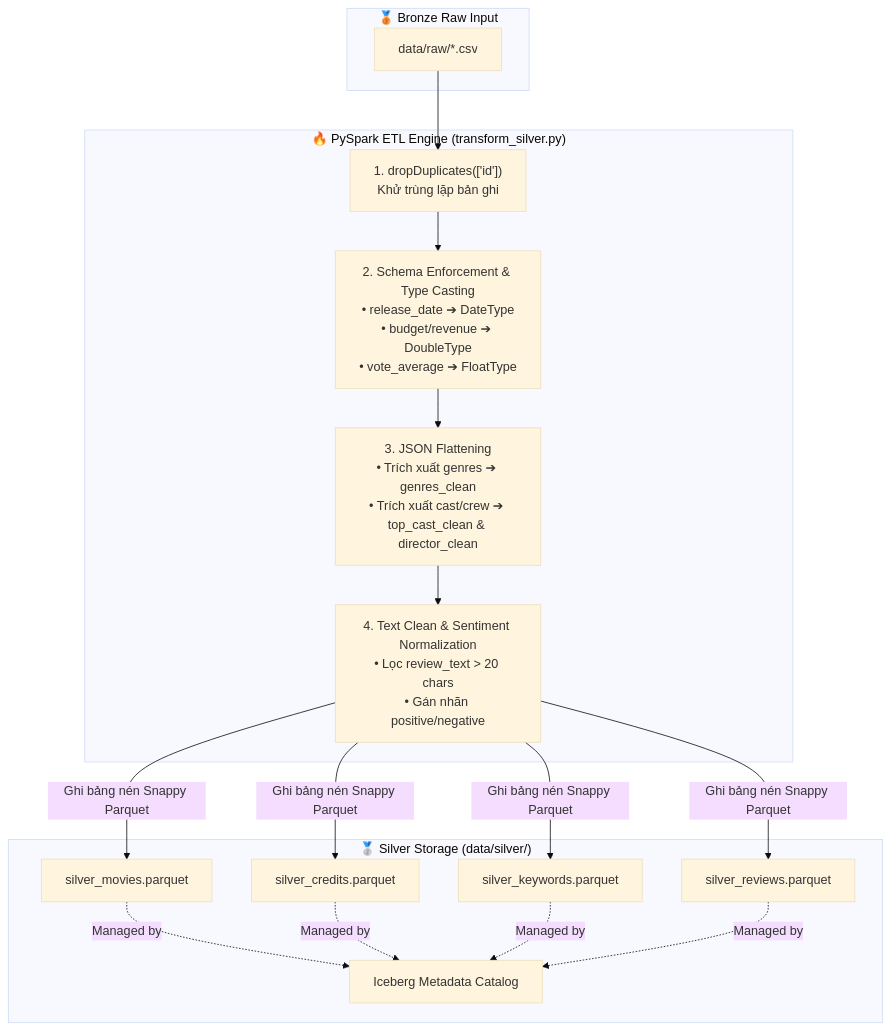
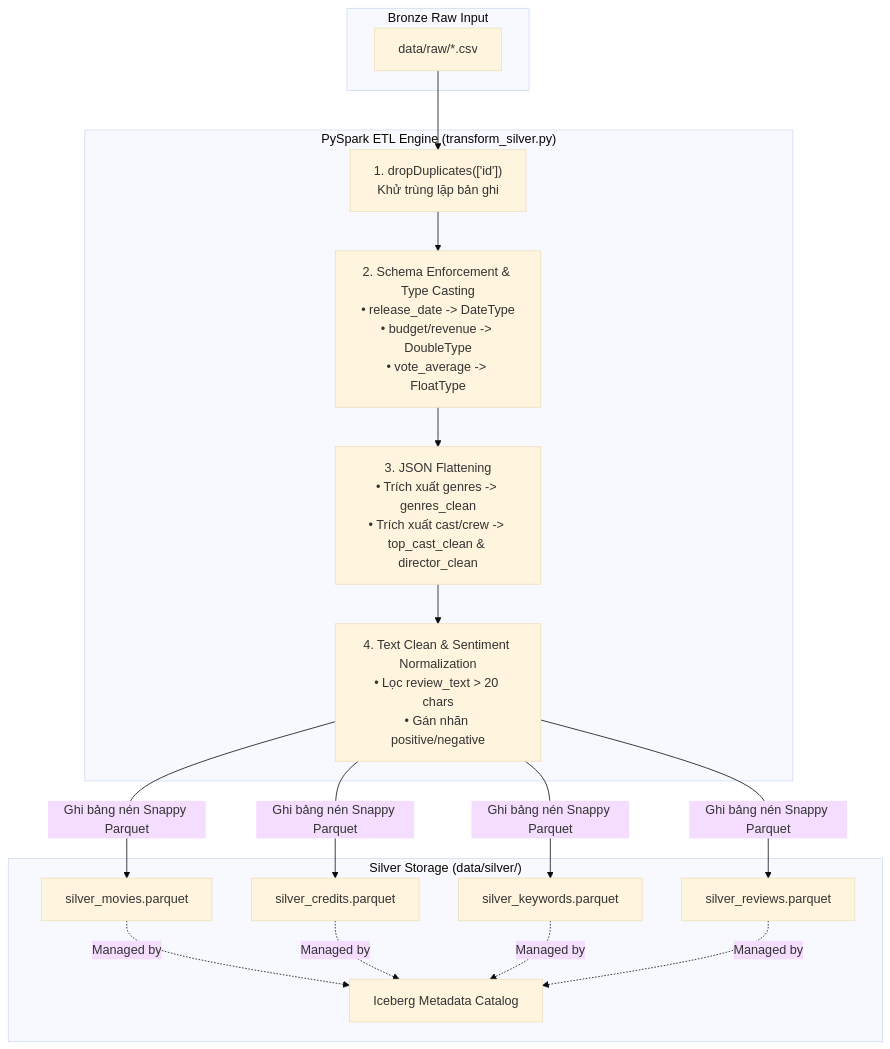
Before and after one commit to tuanh250105/movie-data-platform: the third of 5 diagrams in docs/so_do_kien_truc_chi_tiet.md, drawn with Mermaid (base theme). The commit also changed other lines of this file, not shown here.

Commit message:
docs: Remove all emojis and icons from architecture diagrams

````diff
--- a/docs/so_do_kien_truc_chi_tiet.md
+++ b/docs/so_do_kien_truc_chi_tiet.md
@@ -98,28 +98,28 @@
 ```mermaid
 flowchart TD
-    subgraph Bronze_Input ["🥉 Bronze Raw Input"]
+    subgraph Bronze_Input ["Bronze Raw Input"]
         RawCSVs["data/raw/*.csv"]
     end
 
-    subgraph Spark_ETL_Engine ["🔥 PySpark ETL Engine (transform_silver.py)"]
+    subgraph Spark_ETL_Engine ["PySpark ETL Engine (transform_silver.py)"]
         Step1["1. dropDuplicates(['id'])<br/>Khử trùng lặp bản ghi"]
-        Step2["2. Schema Enforcement & Type Casting<br/>• release_date ➔ DateType<br/>• budget/revenue ➔ DoubleType<br/>• vote_average ➔ FloatType"]
-        Step3["3. JSON Flattening<br/>• Trích xuất genres ➔ genres_clean<br/>• Trích xuất cast/crew ➔ top_cast_clean & director_clean"]
+        Step2["2. Schema Enforcement & Type Casting<br/>• release_date -> DateType<br/>• budget/revenue -> DoubleType<br/>• vote_average -> FloatType"]
+        Step3["3. JSON Flattening<br/>• Trích xuất genres -> genres_clean<br/>• Trích xuất cast/crew -> top_cast_clean & director_clean"]
         Step4["4. Text Clean & Sentiment Normalization<br/>• Lọc review_text > 20 chars<br/>• Gán nhãn positive/negative"]
         
         Step1 --> Step2 --> Step3 --> Step4
     end
 
-    subgraph Silver_Output ["🥈 Silver Storage (data/silver/)"]
+    subgraph Silver_Output ["Silver Storage (data/silver/)"]
         SM["silver_movies.parquet"]
         SC["silver_credits.parquet"]
         SK["silver_keywords.parquet"]
         SR["silver_reviews.parquet"]
         Catalog["Iceberg Metadata Catalog"]
         
         SM & SC & SK & SR -. "Managed by" .-> Catalog
     end
 
     RawCSVs --> Step1
     Step4 -->|"Ghi bảng nén Snappy Parquet"| SM & SC & SK & SR
 ```
````
